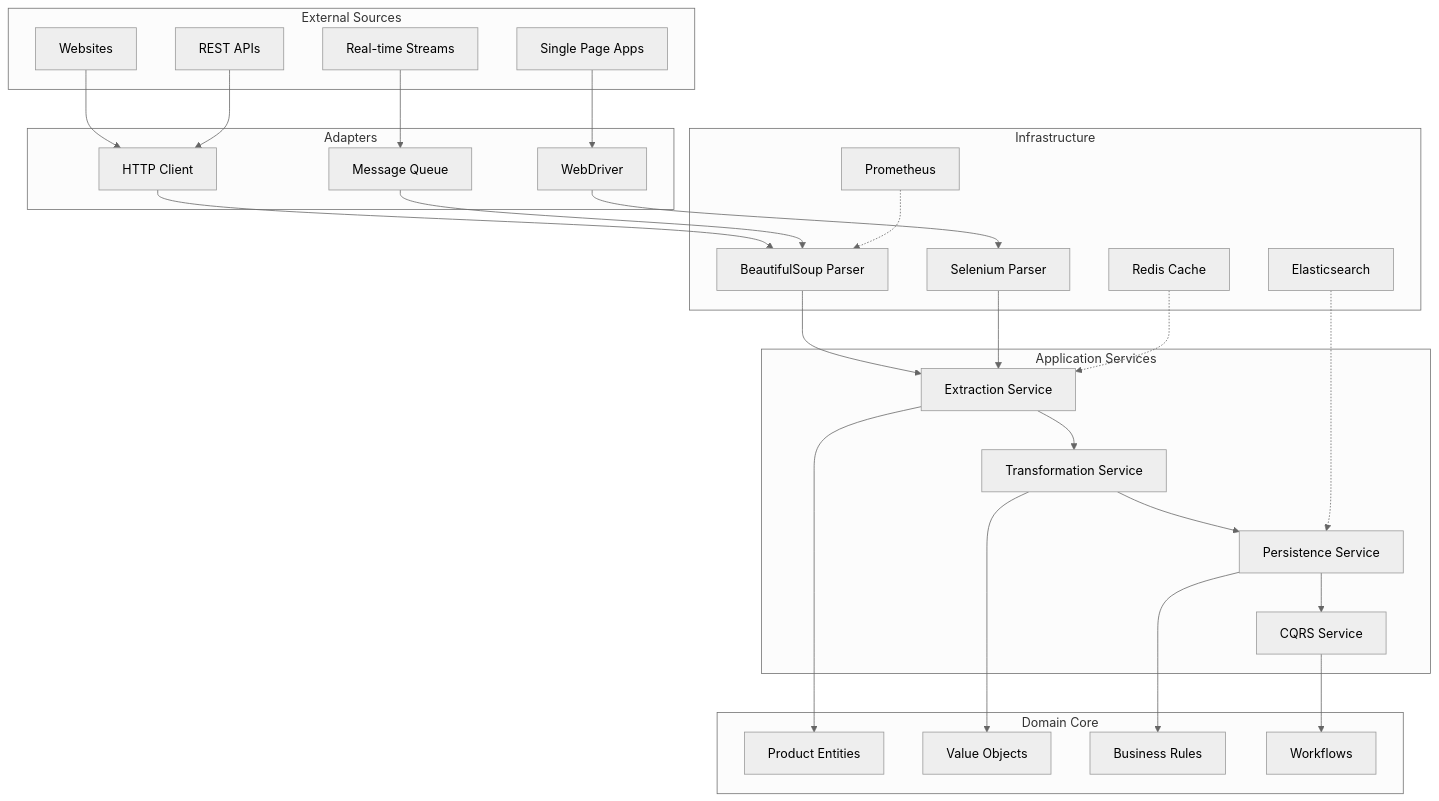
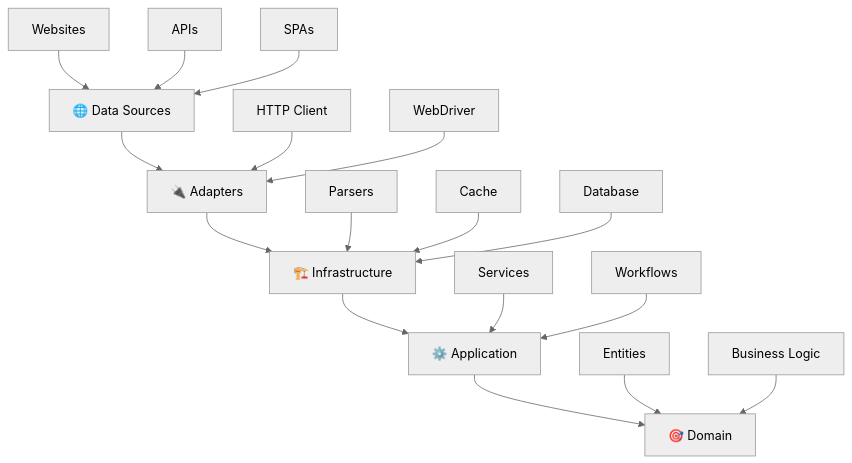
The diagram in README.md (TensorScholar/data-acquisition-framework), drawn with Mermaid (neutral theme) before and after one commit.

Commit message:
docs: Create clean and friendly architecture diagram
- Simplified to 5 main layers with clear flow
- Used flowchart instead of complex graph
- Added emojis for visual appeal and friendliness
- Removed messy connections and complex routing
- Made it easy to understand at a glance
- Clean, minimal, and professional design

````diff
--- a/README.md
+++ b/README.md
@@ -16,62 +16,24 @@
 ```mermaid
-graph TB
-    subgraph "External Sources"
-        A[Websites]
-        B[REST APIs]
-        C[Single Page Apps]
-        D[Real-time Streams]
-    end
+flowchart TD
+    A[🌐 Data Sources] --> B[🔌 Adapters]
+    B --> C[🏗️ Infrastructure]
+    C --> D[⚙️ Application]
+    D --> E[🎯 Domain]
     
-    subgraph "Adapters"
-        E[HTTP Client]
-        F[WebDriver]
-        G[Message Queue]
-    end
+    A1[Websites] --> A
+    A2[APIs] --> A
+    A3[SPAs] --> A
     
-    subgraph "Infrastructure"
-        H[BeautifulSoup Parser]
-        I[Selenium Parser]
-        J[Redis Cache]
-        K[Elasticsearch]
-        L[Prometheus]
-    end
+    B1[HTTP Client] --> B
+    B2[WebDriver] --> B
     
-    subgraph "Application Services"
-        M[Extraction Service]
-        N[Transformation Service]
-        O[Persistence Service]
-        P[CQRS Service]
-    end
+    C1[Parsers] --> C
+    C2[Cache] --> C
+    C3[Database] --> C
     
-    subgraph "Domain Core"
-        Q[Product Entities]
-        R[Value Objects]
-        S[Business Rules]
-        T[Workflows]
-    end
+    D1[Services] --> D
+    D2[Workflows] --> D
     
-    A --> E
-    B --> E
-    C --> F
-    D --> G
-    
-    E --> H
-    F --> I
-    G --> H
-    
-    H --> M
-    I --> M
-    
-    M --> N
-    N --> O
-    O --> P
-    
-    M --> Q
-    N --> R
-    O --> S
-    P --> T
-    
-    J -.-> M
-    K -.-> O
-    L -.-> H
+    E1[Entities] --> E
+    E2[Business Logic] --> E
 ```
````
